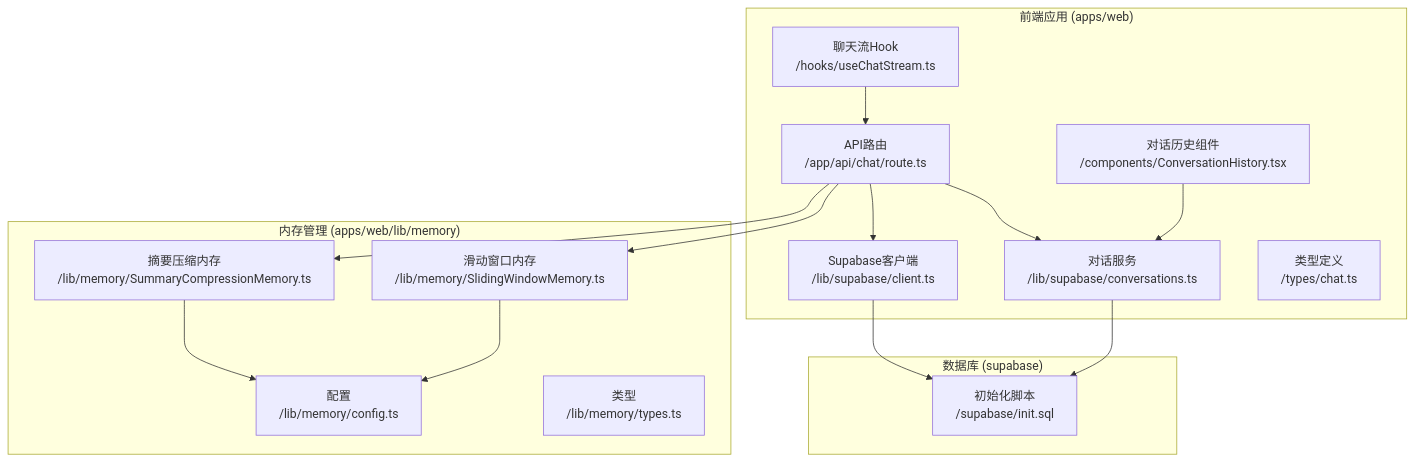
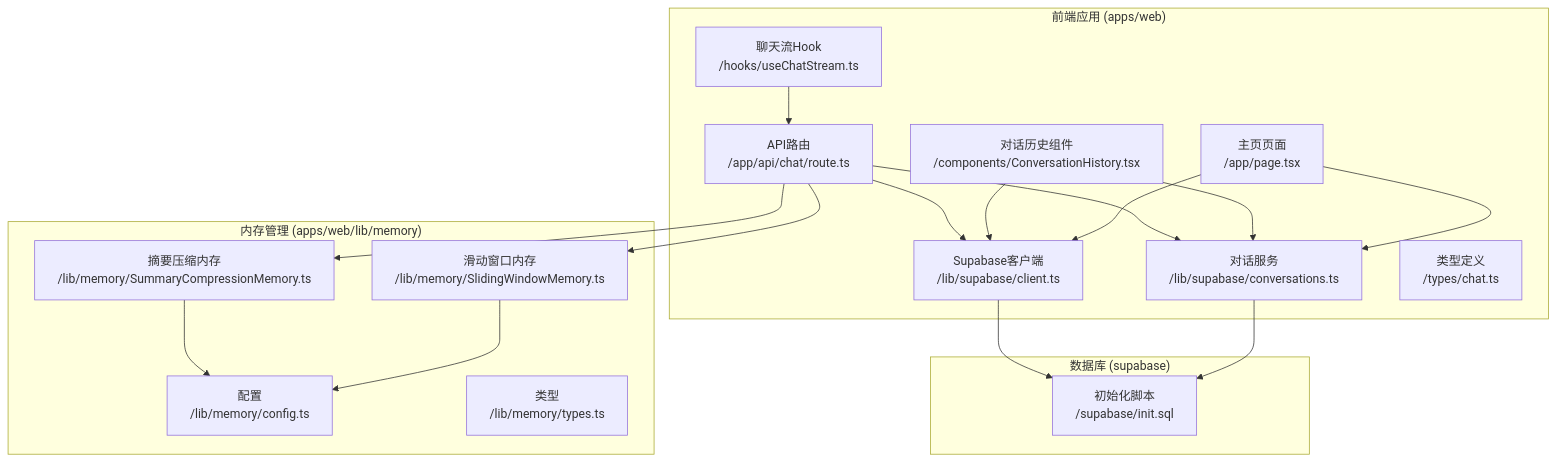
The first of 12 diagrams in .qoder/repowiki/zh/content/核心技能详解/对话持久化系统.md (CryptoLinxu/Web3-AI-Agent), drawn with Mermaid before and after one commit. The commit also changed other lines of this file and 3 other files, not shown here.

````diff
--- a/.qoder/repowiki/zh/content/核心技能详解/对话持久化系统.md
+++ b/.qoder/repowiki/zh/content/核心技能详解/对话持久化系统.md
@@ -44,30 +54,34 @@
 ```mermaid
 graph TB
 subgraph "前端应用 (apps/web)"
 A[API路由<br/>/app/api/chat/route.ts]
 B[聊天流Hook<br/>/hooks/useChatStream.ts]
 C[对话历史组件<br/>/components/ConversationHistory.tsx]
 D[Supabase客户端<br/>/lib/supabase/client.ts]
 E[对话服务<br/>/lib/supabase/conversations.ts]
 F[类型定义<br/>/types/chat.ts]
+G[主页页面<br/>/app/page.tsx]
 end
 subgraph "内存管理 (apps/web/lib/memory)"
-G[摘要压缩内存<br/>/lib/memory/SummaryCompressionMemory.ts]
-H[滑动窗口内存<br/>/lib/memory/SlidingWindowMemory.ts]
-I[配置<br/>/lib/memory/config.ts]
-J[类型<br/>/lib/memory/types.ts]
+H[摘要压缩内存<br/>/lib/memory/SummaryCompressionMemory.ts]
+I[滑动窗口内存<br/>/lib/memory/SlidingWindowMemory.ts]
+J[配置<br/>/lib/memory/config.ts]
+K[类型<br/>/lib/memory/types.ts]
 end
 subgraph "数据库 (supabase)"
-K[初始化脚本<br/>/supabase/init.sql]
+L[初始化脚本<br/>/supabase/init.sql]
 end
 A --> D
 A --> E
 B --> A
 C --> E
-D --> K
-E --> K
-G --> I
-H --> I
-A --> G
+C --> D
+D --> L
+E --> L
+H --> J
+I --> J
 A --> H
+A --> I
+G --> D
+G --> E
 ```
````
